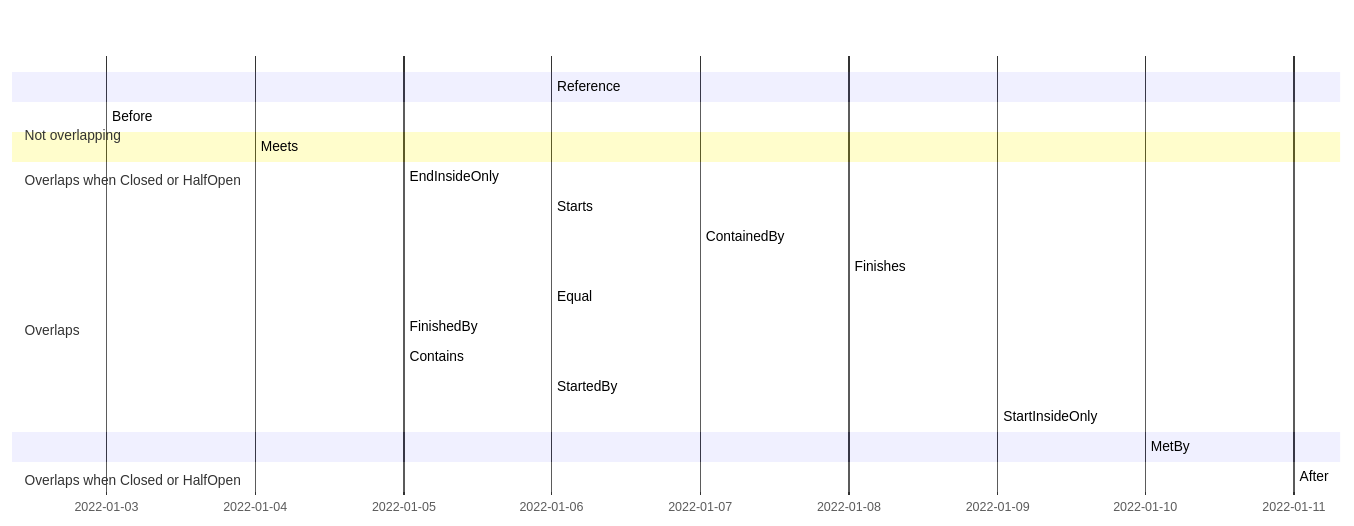
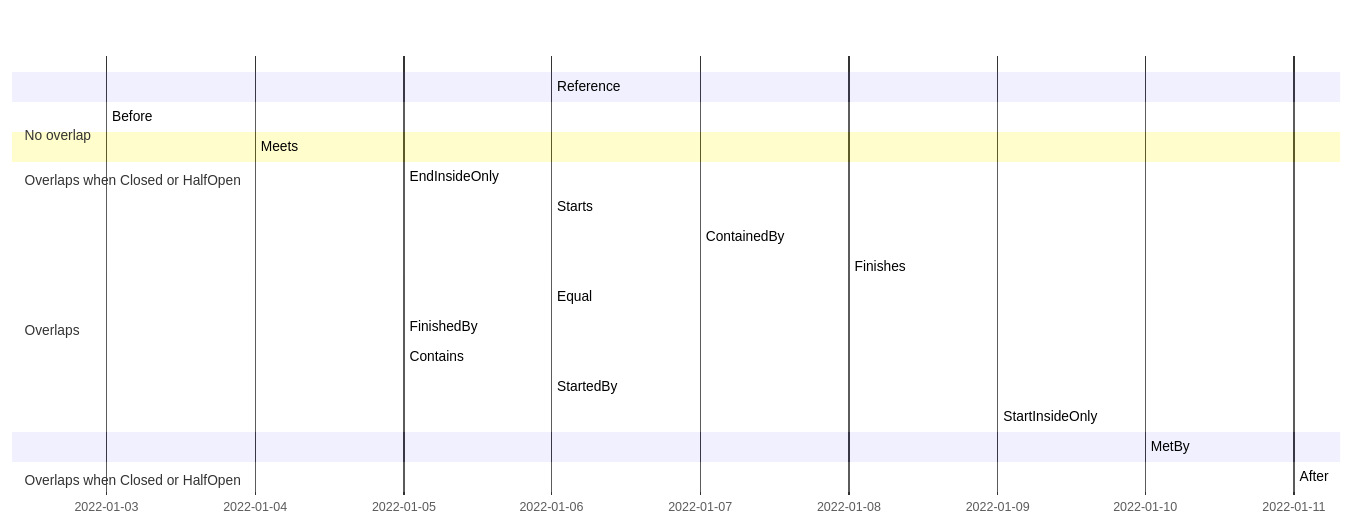
One commit to viclang/IntervalSets changed the diagram in README.md. Above: the diagram before and after it, drawn with Mermaid.

Commit message:
mermaid fix

````diff
--- a/README.md
+++ b/README.md
@@ -5,27 +5,27 @@
 ```mermaid
 gantt
     Reference :active, a, 2022-01-06, 2022-01-10   
 
-	section Not overlapping
+	section No overlap
     Before :crit, b, 2022-01-03, 2022-01-05
    
     section Overlaps when Closed or HalfOpen  
     Meets :crit, c, 2022-01-04, 2022-01-06
 
 	section Overlaps
     EndInsideOnly :crit, d, 2022-01-05, 2022-01-07
     Starts :crit, e, 2022-01-06, 2022-01-08
     ContainedBy :crit, f, 2022-01-07, 2022-01-09
     Finishes :crit, g, 2022-01-08, 2022-01-10
     Equal :crit, h, 2022-01-06, 2022-01-10
     FinishedBy :crit, i, 2022-01-05, 2022-01-10
     Contains :crit, j, 2022-01-05, 2022-01-11
     StartedBy :crit, k, 2022-01-06, 2022-01-11
     StartInsideOnly :crit, l, 2022-01-09, 2022-01-11
    
 	section Overlaps when Closed or HalfOpen
     MetBy :crit, m, 2022-01-10, 2022-01-12
 
-    section Not overlapping
+    section No overlap
     After :crit, n, 2022-01-11, 2022-01-13
 ```
````
